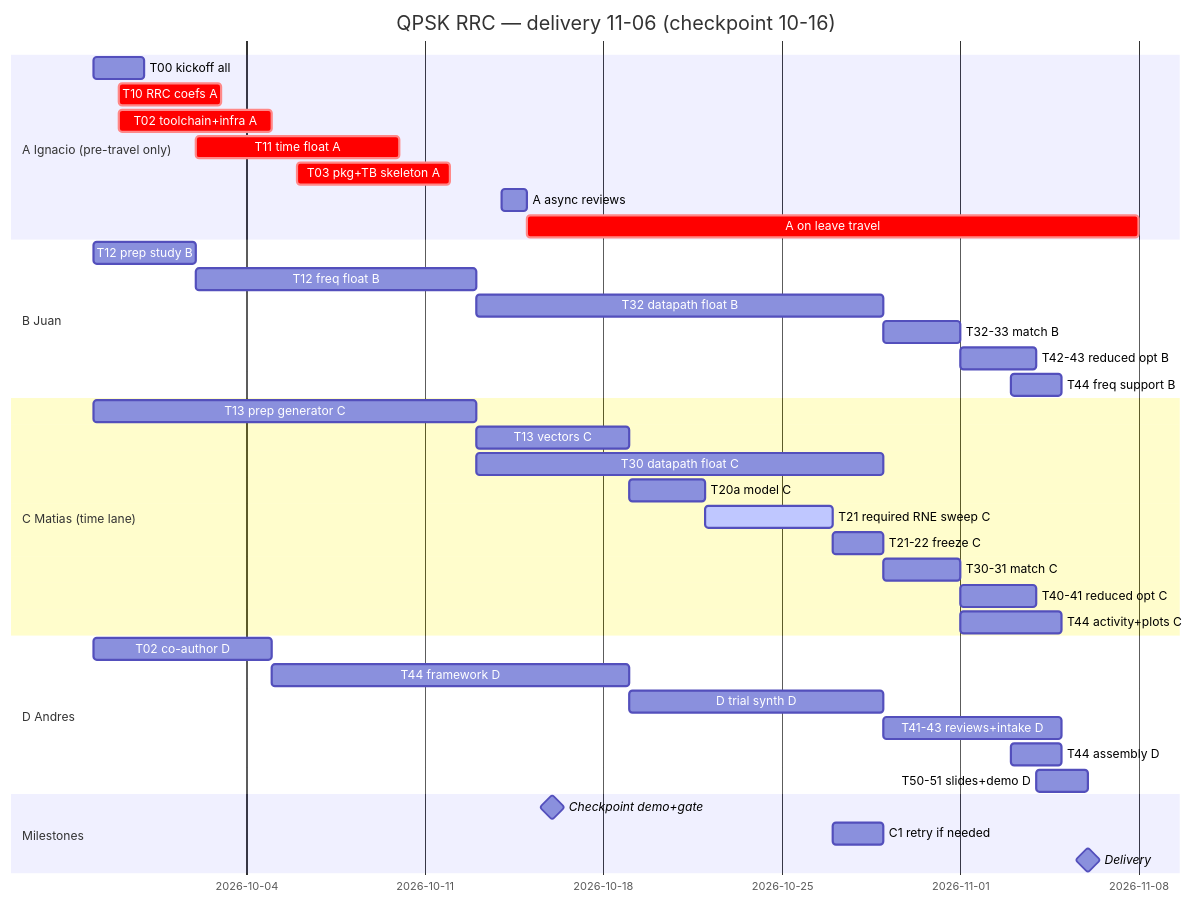
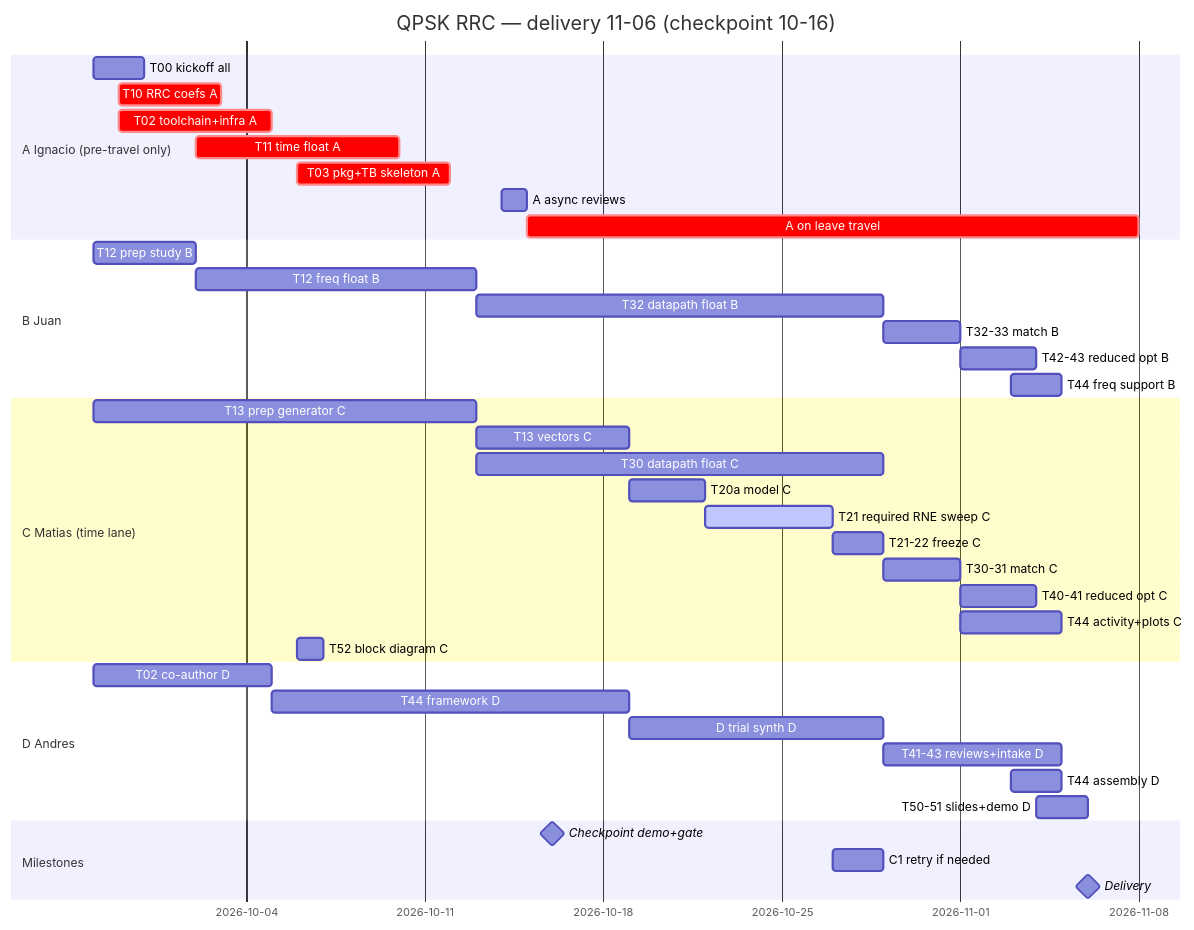
One commit to iledesma08/qpsk-rrc-filter-time-frequency changed the third of 3 diagrams in docs/plan-gantt.md. Above: the diagram before and after it, drawn with Mermaid. The commit also changed other lines of this file and 4 other files, not shown here.

First line of the commit message:
docs(repo): add system block diagram and stage descriptions (#77)

````diff
--- a/docs/plan-gantt.md
+++ b/docs/plan-gantt.md
@@ -194,41 +195,42 @@
 ```mermaid
 gantt
   title QPSK RRC — delivery 11-06 (checkpoint 10-16)
   dateFormat YYYY-MM-DD
   section A Ignacio (pre-travel only)
   T00 kickoff all       :2026-09-28, 2d
   T10 RRC coefs A       :crit, 2026-09-29, 4d
   T02 toolchain+infra A :crit, 2026-09-29, 6d
   T11 time float A      :crit, 2026-10-02, 8d
   T03 pkg+TB skeleton A :crit, 2026-10-06, 6d
   A async reviews       :2026-10-14, 1d
   A on leave travel     :crit, 2026-10-15, 24d
   section B Juan
   T12 prep study B      :2026-09-28, 4d
   T12 freq float B      :2026-10-02, 11d
   T32 datapath float B  :2026-10-13, 16d
   T32-33 match B        :2026-10-29, 3d
   T42-43 reduced opt B  :2026-11-01, 3d
   T44 freq support B    :2026-11-03, 2d
   section C Matias (time lane)
   T13 prep generator C  :2026-09-28, 15d
   T13 vectors C         :2026-10-13, 6d
   T30 datapath float C  :2026-10-13, 16d
   T20a model C          :2026-10-19, 3d
   T21 required RNE sweep C :active, 2026-10-22, 5d
   T21-22 freeze C       :2026-10-27, 2d
   T30-31 match C        :2026-10-29, 3d
   T40-41 reduced opt C  :2026-11-01, 3d
   T44 activity+plots C  :2026-11-01, 4d
+  T52 block diagram C   :2026-10-06, 1d
   section D Andres
   T02 co-author D       :2026-09-28, 7d
   T44 framework D       :2026-10-05, 14d
   D trial synth D       :2026-10-19, 10d
   T41-43 reviews+intake D :2026-10-29, 7d
   T44 assembly D        :2026-11-03, 2d
   T50-51 slides+demo D  :2026-11-04, 2d
   section Milestones
   Checkpoint demo+gate   :milestone, 2026-10-16, 0d
   C1 retry if needed    :2026-10-27, 2d
   Delivery              :milestone, 2026-11-06, 0d
 ```
````
